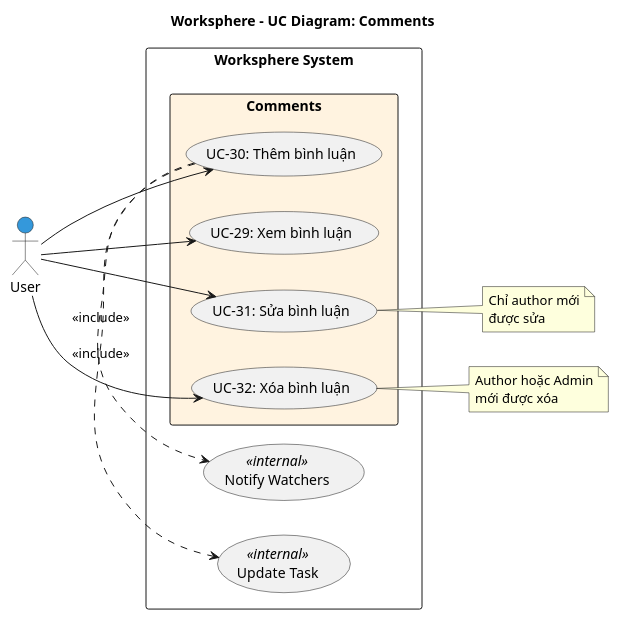
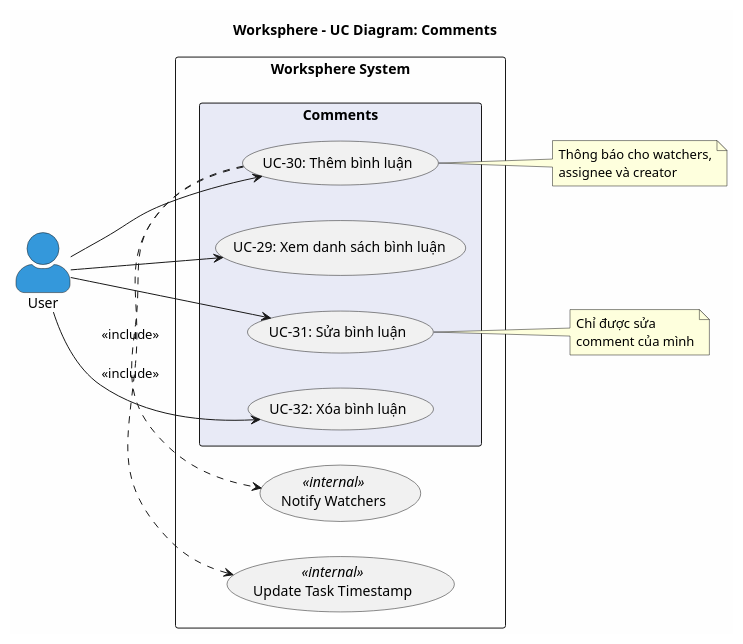
One commit to docuong039/worksphere changed the diagram in docs/usecases/07-comments.md. Above: the diagram before and after it, drawn with PlantUML. The commit also changed other lines of this file and 44 other files, not shown here.

Commit message:
update diagram trong docs

````diff
--- a/docs/usecases/07-comments.md
+++ b/docs/usecases/07-comments.md
@@ -17,40 +32,42 @@
 ```plantuml
 @startuml
 left to right direction
 skinparam packageStyle rectangle
+skinparam actorStyle awesome
+skinparam backgroundColor #FEFEFE
 
 title Worksphere - UC Diagram: Comments
 
 actor "User" as User #3498DB
 
 rectangle "Worksphere System" {
-  package "Comments" #FFF3E0 {
-    usecase "UC-29: Xem bình luận" as UC29
+  package "Comments" #E8EAF6 {
+    usecase "UC-29: Xem danh sách bình luận" as UC29
     usecase "UC-30: Thêm bình luận" as UC30
     usecase "UC-31: Sửa bình luận" as UC31
     usecase "UC-32: Xóa bình luận" as UC32
   }
   
   usecase "Notify Watchers" as UC_NOTIFY <<internal>>
-  usecase "Update Task" as UC_UPDATE <<internal>>
+  usecase "Update Task Timestamp" as UC_TS <<internal>>
 }
 
 User --> UC29
 User --> UC30
 User --> UC31
 User --> UC32
 
 UC30 .> UC_NOTIFY : <<include>>
-UC30 .> UC_UPDATE : <<include>>
+UC30 .> UC_TS : <<include>>
+
+note right of UC30
+  Thông báo cho watchers,
+  assignee và creator
+end note
 
 note right of UC31
-  Chỉ author mới
-  được sửa
-end note
-
-note right of UC32
-  Author hoặc Admin
-  mới được xóa
+  Chỉ được sửa
+  comment của mình
 end note
 @enduml
 ```
````
